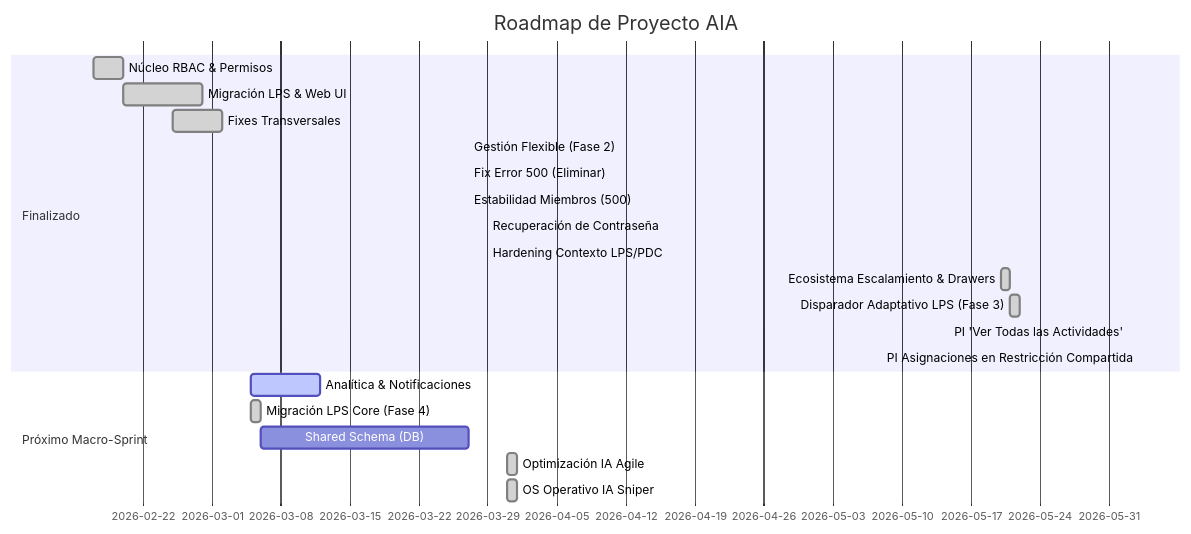
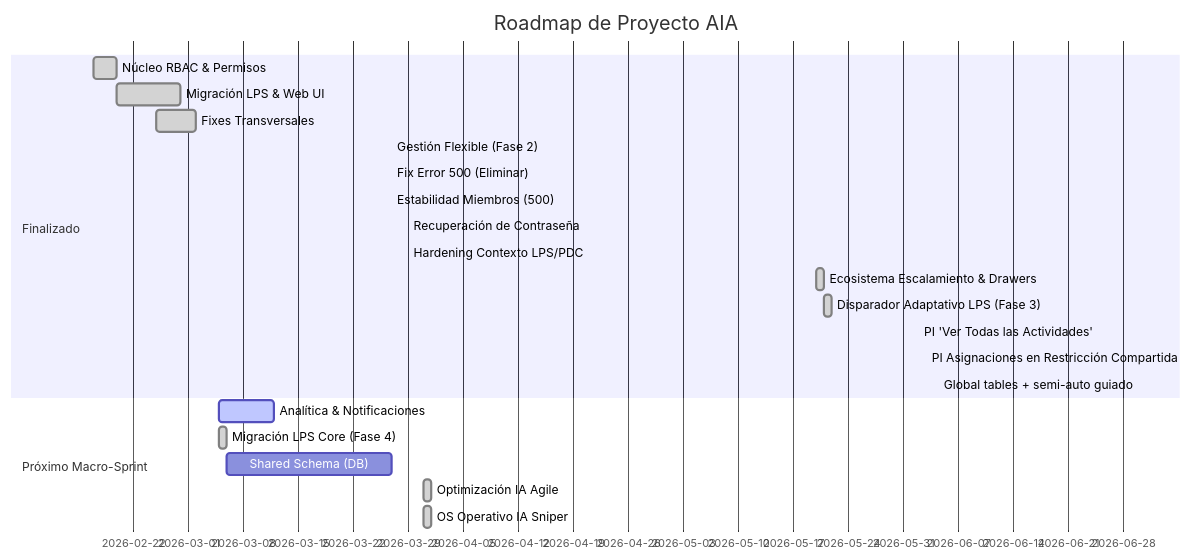
Before and after one commit to jbenite7/lastplanneraia-construccion: the diagram in ROADMAP.md, drawn with Mermaid. The commit also changed other lines of this file and 61 other files, not shown here.

Commit message:
feat(semi-auto): add global guided automation workflow

````diff
--- a/ROADMAP.md
+++ b/ROADMAP.md
@@ -13,24 +20,25 @@
 ```mermaid
 gantt
     title Roadmap de Proyecto AIA
     dateFormat  YYYY-MM-DD
     section Finalizado
     Núcleo RBAC & Permisos       :done,    des1, 2026-02-17, 2026-02-20
     Migración LPS & Web UI       :done,    des2, 2026-02-20, 2026-02-28
     Fixes Transversales          :done,    des3, 2026-02-25, 2026-03-02
     Gestión Flexible (Fase 2)    :done,    des7, 2026-03-27, 2026-03-27
     Fix Error 500 (Eliminar)    :done,    des8, 2026-03-27, 2026-03-27
     Estabilidad Miembros (500)  :done,    des9, 2026-03-27, 2026-03-27
     Recuperación de Contraseña   :done,    des10, 2026-03-29, 2026-03-29
     Hardening Contexto LPS/PDC   :done,    des11, 2026-03-29, 2026-03-29
     Ecosistema Escalamiento & Drawers :done, des14, 2026-05-20, 2026-05-21
     Disparador Adaptativo LPS (Fase 3) :done, des15, 2026-05-21, 2026-05-22
     PI 'Ver Todas las Actividades'  :done, des16, 2026-06-02, 2026-06-02
     PI Asignaciones en Restricción Compartida :done, des17, 2026-06-03, 2026-06-03
+    Global tables + semi-auto guiado :done, des18, 2026-06-30, 2026-06-30
     section Próximo Macro-Sprint
     Analítica & Notificaciones  :active,  des4, 2026-03-05, 7d
     Migración LPS Core (Fase 4) :done,    des6, 2026-03-05, 2026-03-06
     Shared Schema (DB)         :         des5, after des6, 21d
     Optimización IA Agile       :done,    des12, 2026-03-31, 1d
     OS Operativo IA Sniper      :done,    des13, 2026-03-31, 1d
 ```
````
